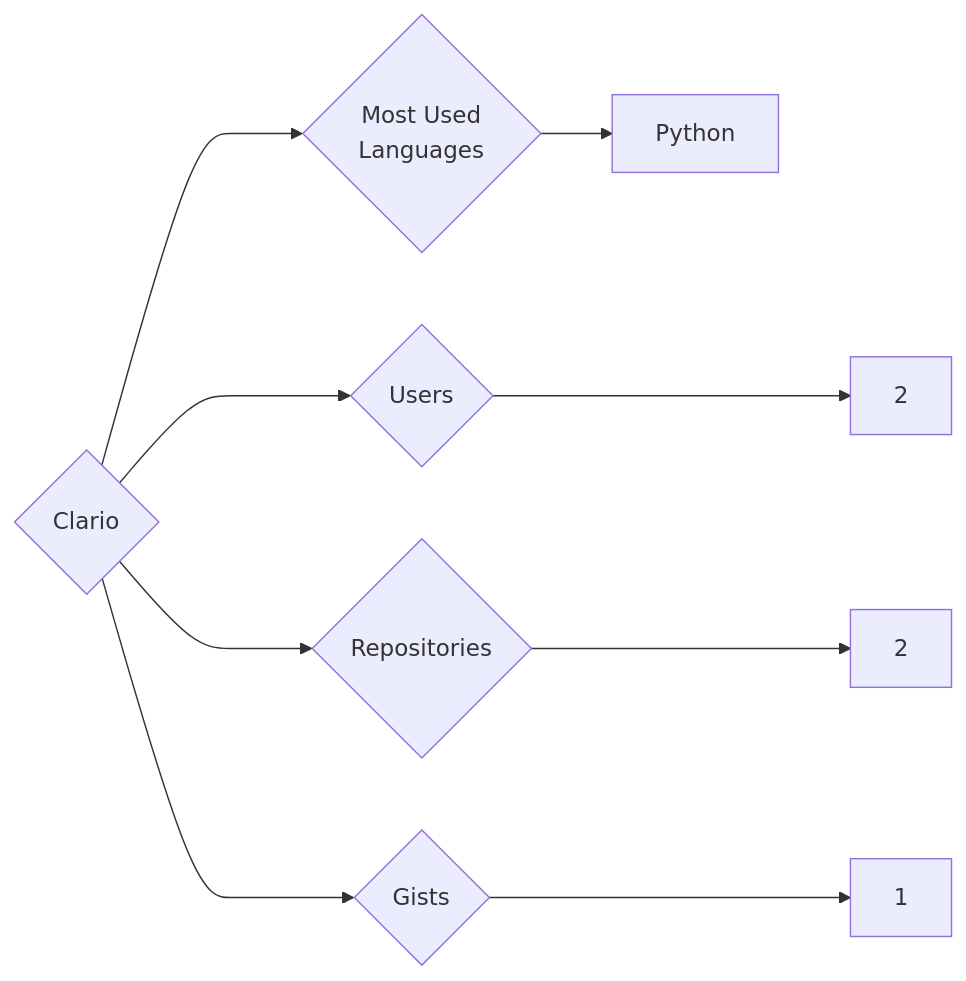
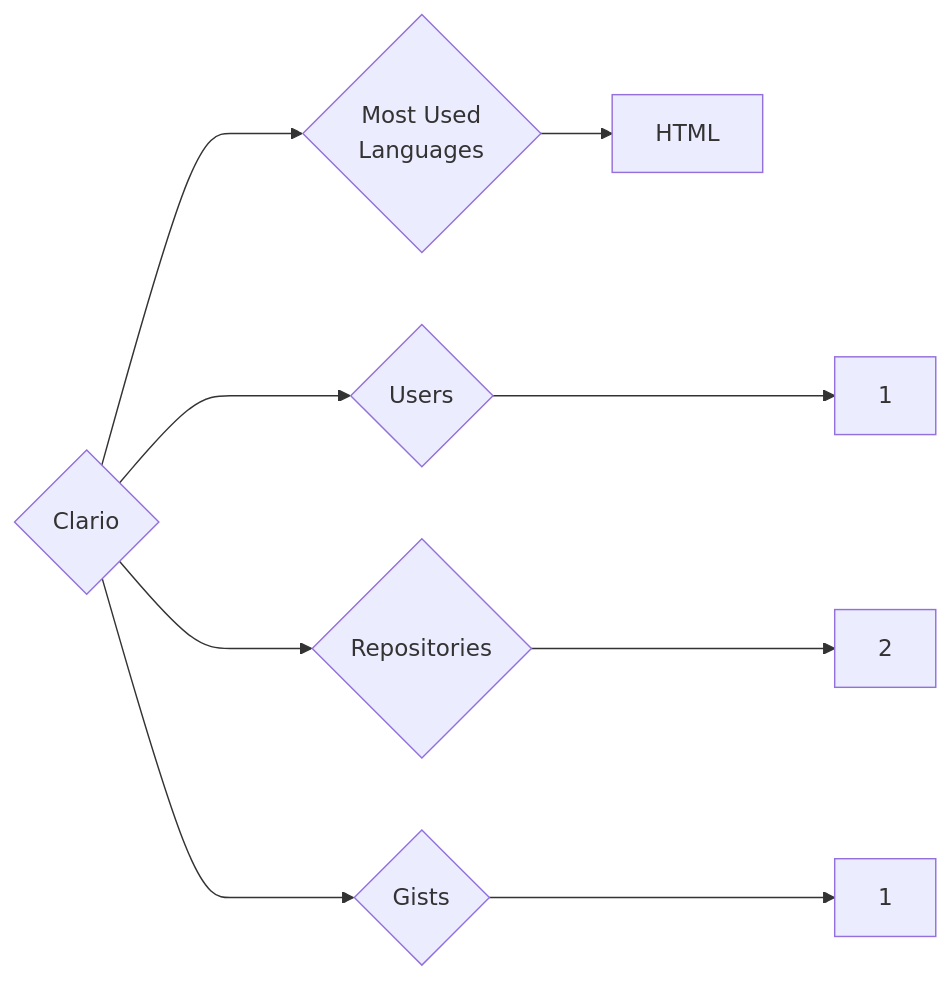
One commit to trickest/insiders changed the diagram in targets/Clario/README.md. Above: the diagram before and after it, drawn with Mermaid. The commit also changed 934 other files, not shown here.

````diff
--- a/targets/Clario/README.md
+++ b/targets/Clario/README.md
@@ -3,9 +3,9 @@
 ```mermaid
 graph LR
 COMPANY_NAME{Clario}
-COMPANY_NAME ---> U{Users} ---> UN[2]
+COMPANY_NAME ---> U{Users} ---> UN[1]
 COMPANY_NAME ---> R{Repositories} ---> RN[2]
 COMPANY_NAME ---> G{Gists} ---> GN[1]
 COMPANY_NAME ---> ML{Most Used<br>Languages}
-ML --> Python[Python]
+ML --> HTML[HTML]
 ```
````
